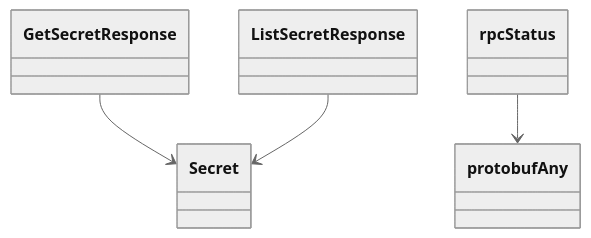
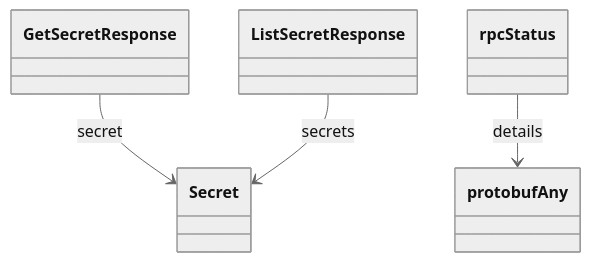
One commit to alexdearaujo/community_sdk_python changed the sixth of 6 diagrams in docs/sphinx/services/vault.md. Above: the diagram before and after it, drawn with Mermaid (neutral theme). The commit also changed other lines of this file and 129 other files, not shown here.

````diff
--- a/docs/sphinx/services/vault.md
+++ b/docs/sphinx/services/vault.md
@@ -185,11 +206,11 @@
 ```mermaid
 classDiagram
     class GetSecretResponse
     class ListSecretResponse
     class Secret
     class protobufAny
     class rpcStatus
-    GetSecretResponse --> Secret
-    ListSecretResponse --> Secret
-    rpcStatus --> protobufAny
+    GetSecretResponse --> Secret : secret
+    ListSecretResponse --> Secret : secrets
+    rpcStatus --> protobufAny : details
 ```
````
